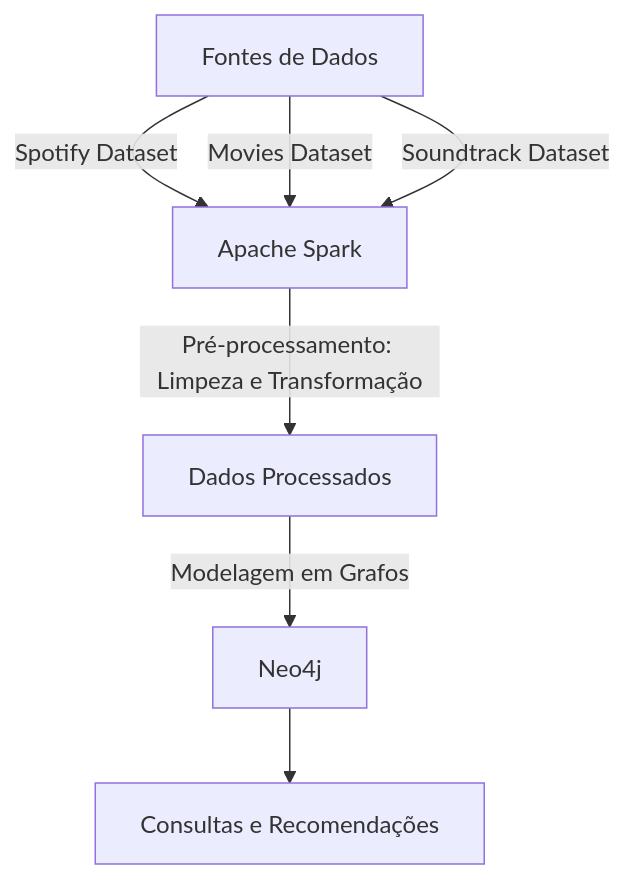
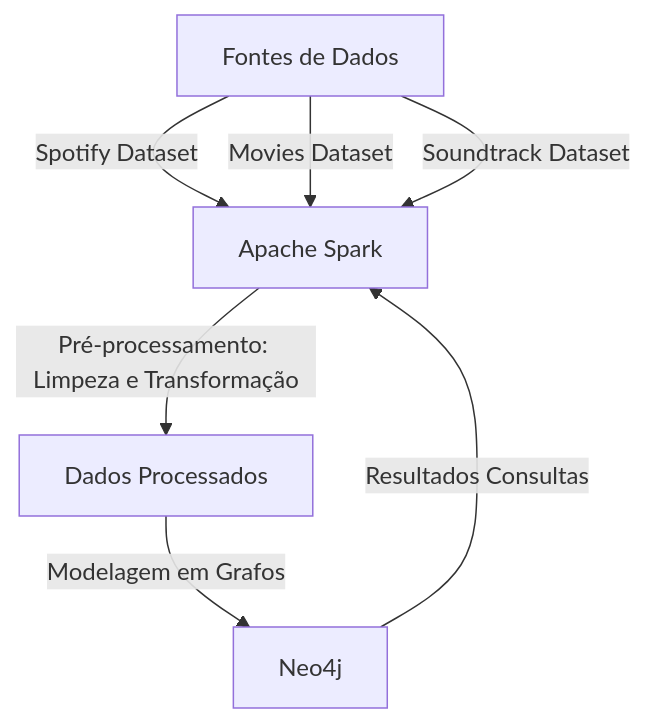
The diagram in README.md (BeatrizPat/UFSCar-CC-So-PMD2025-Grupo05), drawn with Mermaid before and after one commit. The commit also changed other lines of this file, not shown here.

````diff
--- a/README.md
+++ b/README.md
@@ -38,9 +38,9 @@
 ```mermaid
 graph TD
     A[Fontes de Dados] -->|Spotify Dataset| B[Apache Spark]
     A -->|Movies Dataset| B
     A -->|Soundtrack Dataset| B
     B -->|Pré-processamento: Limpeza e Transformação| C[Dados Processados]
     C -->|Modelagem em Grafos| D[Neo4j]
-    D --> E[Consultas e Recomendações]
+    D -->|Resultados Consultas| B
 ```
````
